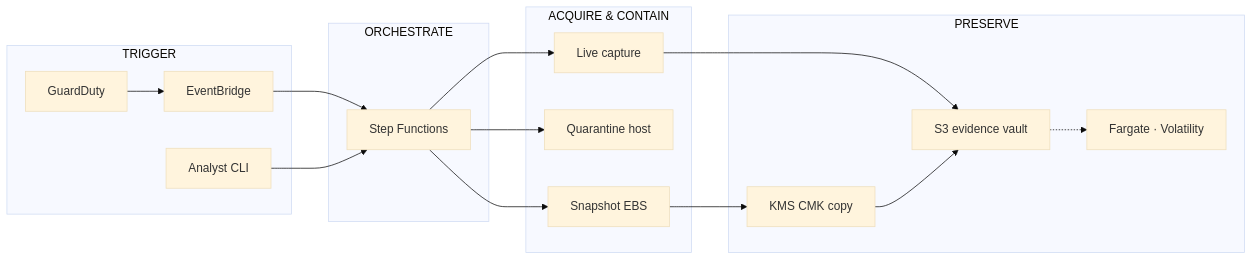
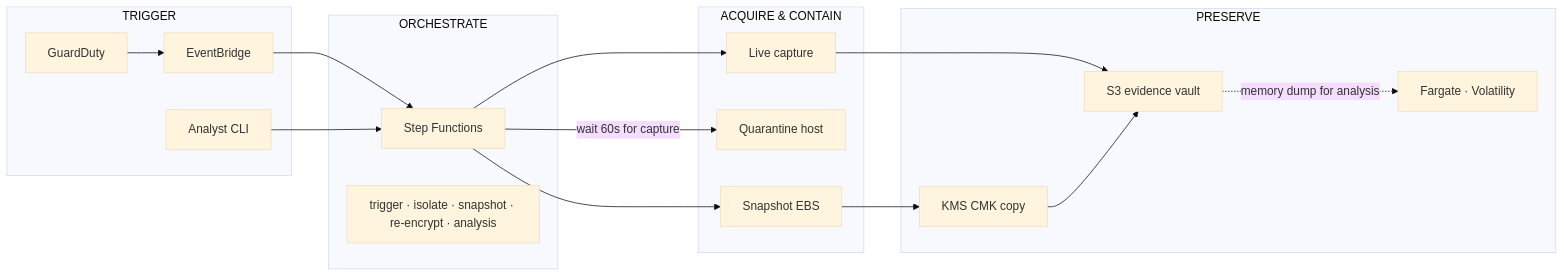
Before and after one commit to ritvikindupuri/aws-cloud-dfir: the diagram in README.md, drawn with Mermaid (base theme). The commit also changed other lines of this file and 2 other files, not shown here.

````diff
--- a/README.md
+++ b/README.md
@@ -29,29 +29,30 @@
 ```mermaid
 flowchart LR
   subgraph T["TRIGGER"]
     GD["GuardDuty"] --> EB["EventBridge"]
     CLI["Analyst CLI"]
   end
   subgraph O["ORCHESTRATE"]
     SFN["Step Functions"]
+    LAM["trigger · isolate · snapshot · re-encrypt · analysis"]
   end
   subgraph A["ACQUIRE & CONTAIN"]
     LIVE["Live capture"]
     QUAR["Quarantine host"]
     SNAP["Snapshot EBS"]
   end
   subgraph P["PRESERVE"]
     S3["S3 evidence vault"]
     KMS["KMS CMK copy"]
     FV["Fargate · Volatility"]
   end
   EB --> SFN
   CLI --> SFN
   SFN --> LIVE
   LIVE --> S3
-  SFN --> QUAR
+  SFN -->|"wait 60s for capture"| QUAR
   SFN --> SNAP
   SNAP --> KMS
   KMS --> S3
-  S3 -.-> FV
+  S3 -.->|"memory dump for analysis"| FV
 ```
````
